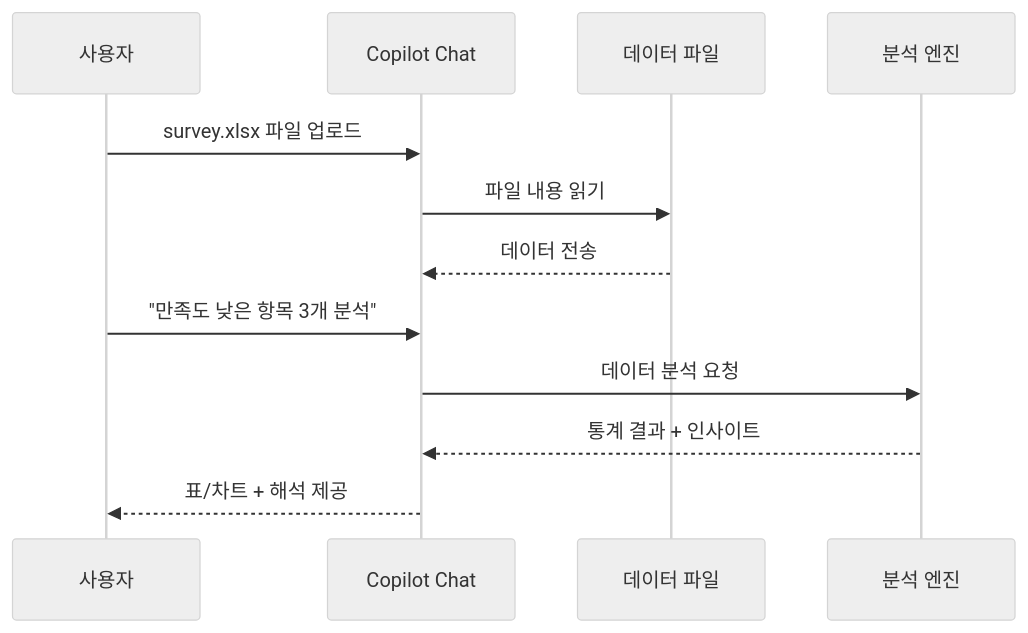
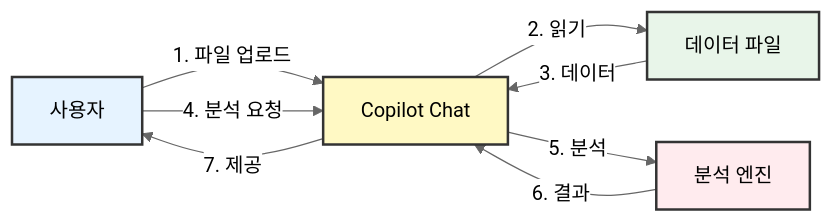
Diagram 13 of 17 in dist/University_Copilot_Guide_Complete_KO.md (seo-jinseok/GitHub-Copilot-Guide), drawn with Mermaid (neutral theme) before and after one commit. The commit also changed other lines of this file, not shown here.

Commit message:
docs: mermaid 그림 색상 수정

````diff
--- a/dist/University_Copilot_Guide_Complete_KO.md
+++ b/dist/University_Copilot_Guide_Complete_KO.md
@@ -949,15 +962,15 @@
 ```mermaid
-sequenceDiagram
-    participant U as 사용자
-    participant C as Copilot Chat
-    participant F as 데이터 파일
-    participant A as 분석 엔진
-    
-    U->>C: survey.xlsx 파일 업로드
-    C->>F: 파일 내용 읽기
-    F-->>C: 데이터 전송
-    U->>C: "만족도 낮은 항목 3개 분석"
-    C->>A: 데이터 분석 요청
-    A-->>C: 통계 결과 + 인사이트
-    C-->>U: 표/차트 + 해석 제공
+graph LR
+    U[사용자] -->|1. 파일 업로드| C[Copilot Chat]
+    C -->|2. 읽기| F[데이터 파일]
+    F -->|3. 데이터| C
+    U -->|4. 분석 요청| C
+    C -->|5. 분석| A[분석 엔진]
+    A -->|6. 결과| C
+    C -->|7. 제공| U
+
+    style U fill:#e6f3ff,stroke:#333,stroke-width:2px,color:#000
+    style C fill:#fff9c4,stroke:#333,stroke-width:2px,color:#000
+    style F fill:#e8f5e9,stroke:#333,stroke-width:2px,color:#000
+    style A fill:#ffebee,stroke:#333,stroke-width:2px,color:#000
 ```
````
